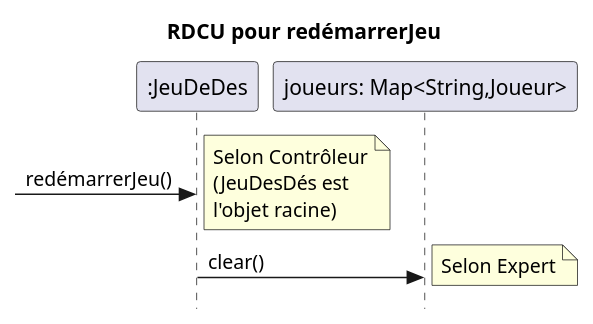
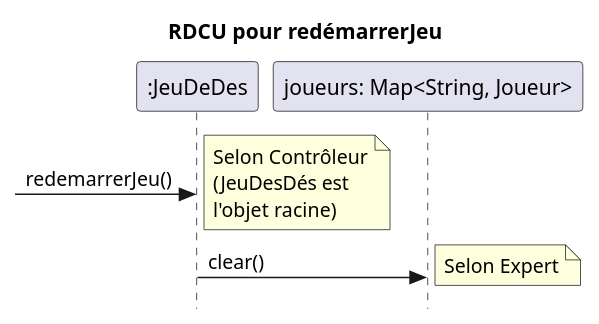
Before and after one commit to cc-probitaille/laboratoire-0-JFkodsi: the diagram in docs/modeles/rdcu-redemarrerJeu.puml, drawn with PlantUML.

Commit message:
Ajustement apporter au RDCU redemarrerJeu

```diff
--- a/docs/modeles/rdcu-redemarrerJeu.puml
+++ b/docs/modeles/rdcu-redemarrerJeu.puml
@@ -1,12 +1,12 @@
 @startuml réalisation de cas d'utilisation du redemmarage du jeu
 title RDCU pour redémarrerJeu
 skinparam Style strictuml
 
 participant ":JeuDeDes" as c
-participant "joueurs: Map<String,Joueur>" as jm
+participant "joueurs: Map<String, Joueur>" as jm
 
--> c : redémarrerJeu()
+-> c : redemarrerJeu()
 note right: Selon Contrôleur\n(JeuDesDés est \nl'objet racine)
 c -> jm : clear()
 note right: Selon Expert
 @enduml
```
